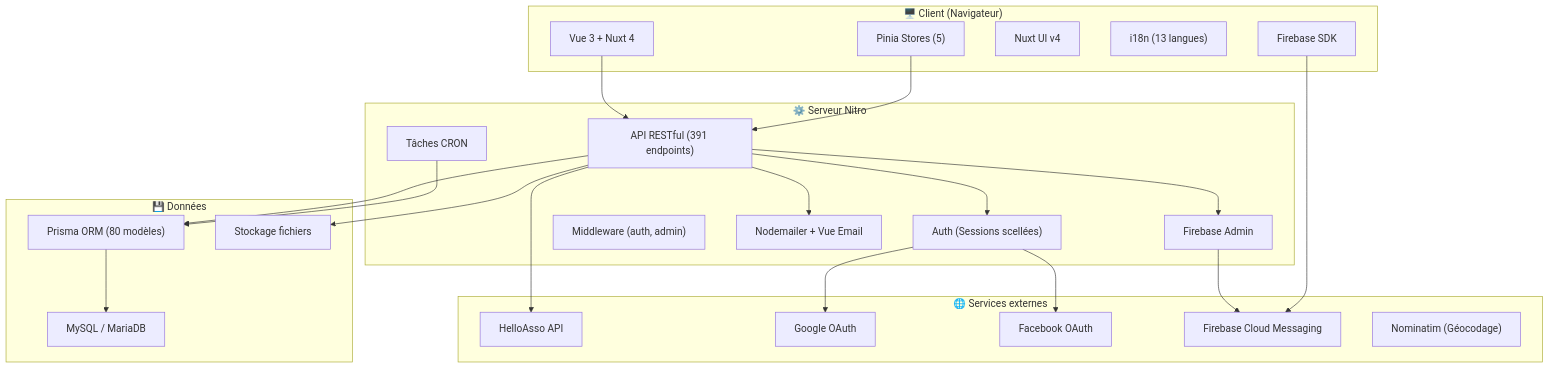
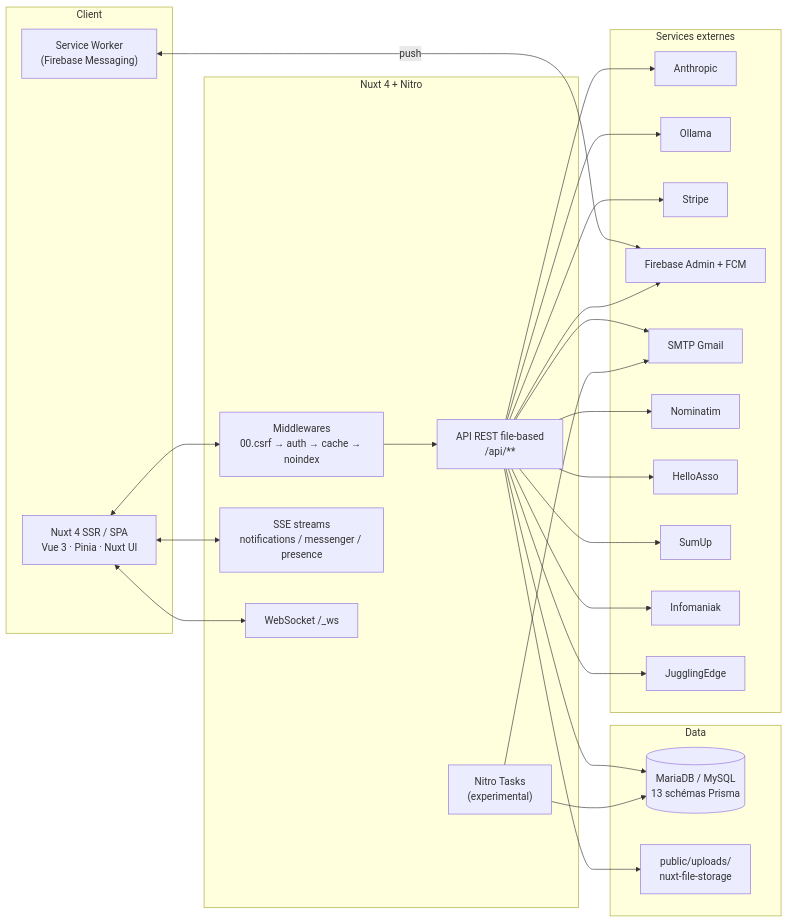
Before and after one commit to powange/convention-de-jonglerie: the first of 2 diagrams in docs/codebase_analysis.md, drawn with Mermaid. The commit also changed other lines of this file, not shown here.

````diff
--- a/docs/codebase_analysis.md
+++ b/docs/codebase_analysis.md
@@ -406,48 +506,53 @@
 ```mermaid
-graph TB
-    subgraph Client["🖥️ Client (Navigateur)"]
-        Vue["Vue 3 + Nuxt 4"]
-        Pinia["Pinia Stores (5)"]
-        UI["Nuxt UI v4"]
-        i18n["i18n (13 langues)"]
-        FCM_Client["Firebase SDK"]
+flowchart LR
+    subgraph Client
+        UI["Nuxt 4 SSR / SPA<br/>Vue 3 · Pinia · Nuxt UI"]
+        SW["Service Worker<br/>(Firebase Messaging)"]
     end
 
-    subgraph Server["⚙️ Serveur Nitro"]
-        API["API RESTful (391 endpoints)"]
-        Auth["Auth (Sessions scellées)"]
-        MW["Middleware (auth, admin)"]
-        Cron["Tâches CRON"]
-        Email["Nodemailer + Vue Email"]
-        FCM_Server["Firebase Admin"]
+    subgraph Nuxt_Nitro["Nuxt 4 + Nitro"]
+        MW["Middlewares<br/>00.csrf → auth → cache → noindex"]
+        API["API REST file-based<br/>/api/**"]
+        Tasks["Nitro Tasks<br/>(experimental)"]
+        SSE["SSE streams<br/>notifications / messenger / presence"]
+        WS["WebSocket /_ws"]
     end
 
-    subgraph Data["💾 Données"]
-        MySQL["MySQL / MariaDB"]
-        Prisma["Prisma ORM (80 modèles)"]
-        Uploads["Stockage fichiers"]
+    subgraph Data
+        DB[("MariaDB / MySQL<br/>13 schémas Prisma")]
+        FS["public/uploads/<br/>nuxt-file-storage"]
     end
 
-    subgraph External["🌐 Services externes"]
-        HelloAsso["HelloAsso API"]
-        Google["Google OAuth"]
-        Facebook["Facebook OAuth"]
-        Firebase["Firebase Cloud Messaging"]
-        Nominatim["Nominatim (Géocodage)"]
+    subgraph External["Services externes"]
+        Anthropic
+        Ollama
+        Stripe
+        FB["Firebase Admin + FCM"]
+        SMTP["SMTP Gmail"]
+        Geo["Nominatim"]
+        HA["HelloAsso"]
+        SU["SumUp"]
+        IM["Infomaniak"]
+        JE["JugglingEdge"]
     end
 
-    Vue --> API
-    Pinia --> API
-    API --> Prisma
-    Prisma --> MySQL
-    API --> Auth
-    Auth --> Google
-    Auth --> Facebook
-    API --> Email
-    API --> FCM_Server
-    FCM_Server --> Firebase
-    FCM_Client --> Firebase
-    API --> HelloAsso
-    API --> Uploads
-    Cron --> Prisma
+    UI <--> MW
+    UI <--> SSE
+    UI <--> WS
+    SW <-- push --> FB
+    MW --> API
+    API --> DB
+    API --> FS
+    API --> Anthropic
+    API --> Ollama
+    API --> Stripe
+    API --> FB
+    API --> SMTP
+    API --> Geo
+    API --> HA
+    API --> SU
+    API --> IM
+    API --> JE
+    Tasks --> DB
+    Tasks --> SMTP
 ```
````
